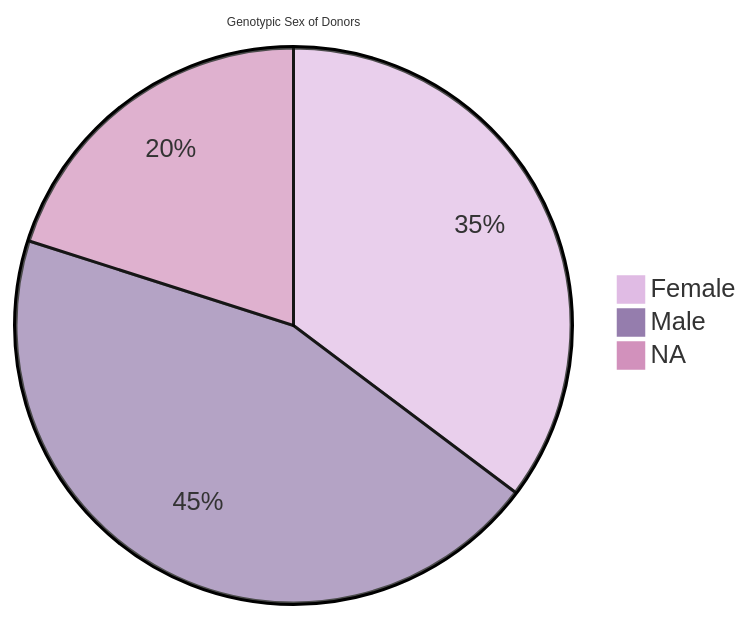
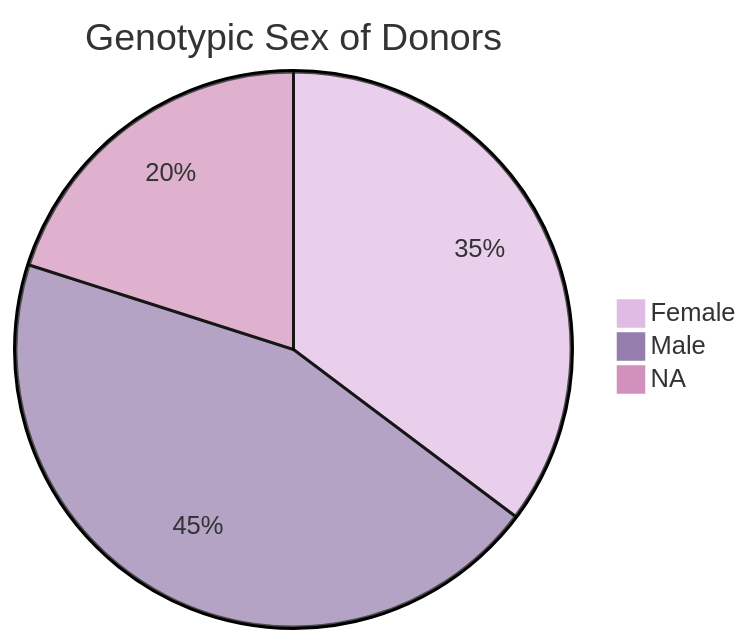
Before and after one commit to progenetix/cancercelllines-web: the diagram in docs/index.md, drawn with Mermaid.

````diff
--- a/docs/index.md
+++ b/docs/index.md
@@ -16,9 +16,10 @@
 ```mermaid
-%%{init: {'theme': 'base', 'themeVariables': {'pieTitleTextSize':'8px',"fontFamily": "arial",'pie1':'#E0BBE4','pie2':'#957DAD','pie3':'#D291BC'}}}%%
-pie title Genotypic Sex of Donors
-  "Female" : 1486
-  "Male" : 1882
-  "NA" : 846
+%%{init: {'theme': 'base', 'themeVariables': {"fontFamily": "arial",'pie1':'#E0BBE4','pie2':'#957DAD','pie3':'#D291BC'}}}%%
+pie 
+title Genotypic Sex of Donors
+"Female" : 1486
+"Male" : 1882
+"NA" : 846
 
 
 ```
````
